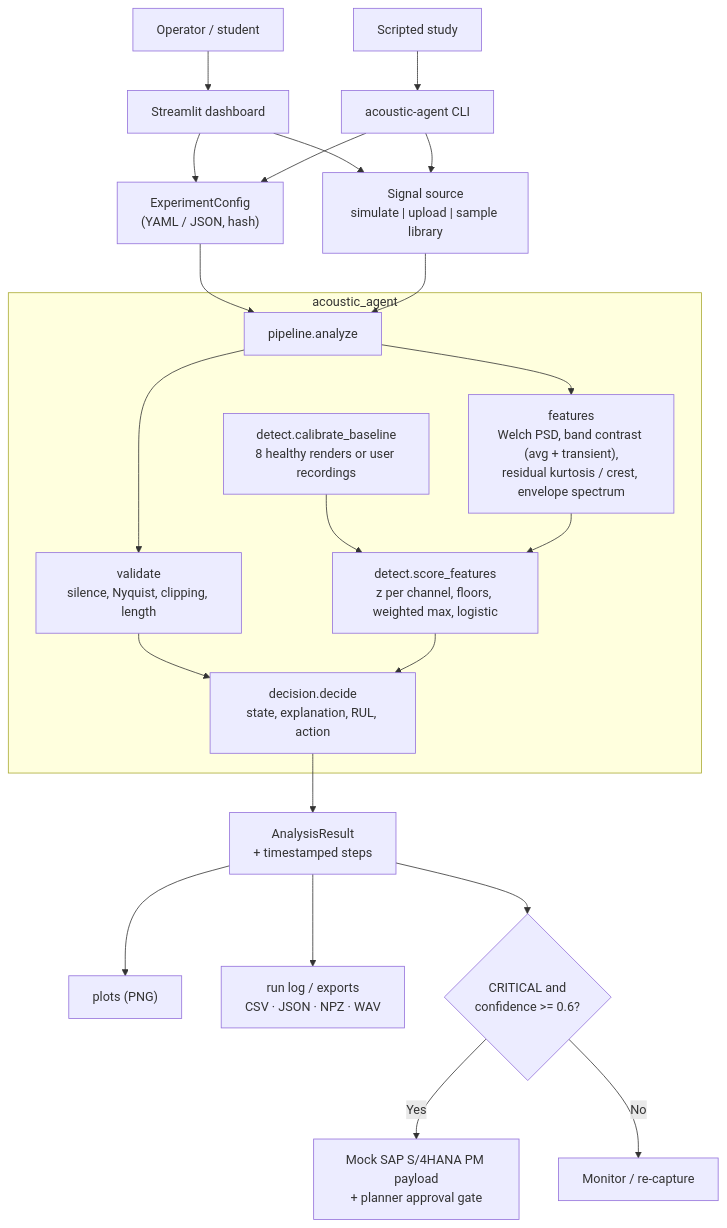
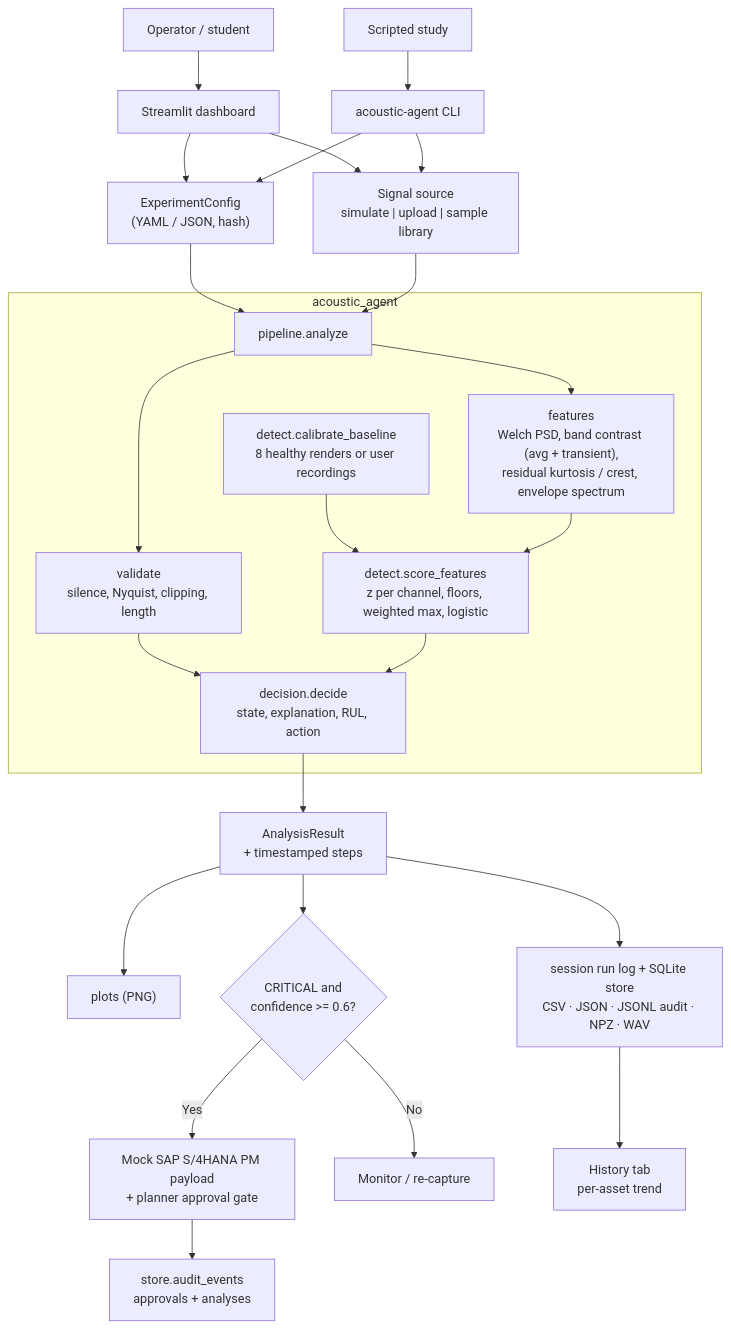
The first of 3 diagrams in docs/architecture.md (lalitsonawane/acoustic-diagnostic-agent-mvp), drawn with Mermaid before and after one commit. The commit also changed other lines of this file and 23 other files, not shown here.

First line of the commit message:
Add Phase 3–4 persistence, History tab, and deploy packaging (v0.3.0)

````diff
--- a/docs/architecture.md
+++ b/docs/architecture.md
@@ -12,25 +12,27 @@
 ```mermaid
 flowchart TD
     operator["Operator / student"] --> ui["Streamlit dashboard"]
     script["Scripted study"] --> cli["acoustic-agent CLI"]
     ui --> cfg["ExperimentConfig\n(YAML / JSON, hash)"]
     cli --> cfg
     ui --> src["Signal source\nsimulate | upload | sample library"]
     cli --> src
     cfg --> pipe["pipeline.analyze"]
     src --> pipe
     subgraph acoustic_agent
         pipe --> feat["features\nWelch PSD, band contrast (avg + transient),\nresidual kurtosis / crest, envelope spectrum"]
         pipe --> val["validate\nsilence, Nyquist, clipping, length"]
         base["detect.calibrate_baseline\n8 healthy renders or user recordings"] --> det
         feat --> det["detect.score_features\nz per channel, floors, weighted max, logistic"]
         val --> dec
         det --> dec["decision.decide\nstate, explanation, RUL, action"]
     end
     dec --> result["AnalysisResult\n+ timestamped steps"]
     result --> plots["plots (PNG)"]
-    result --> log["run log / exports\nCSV · JSON · NPZ · WAV"]
+    result --> log["session run log + SQLite store\nCSV · JSON · JSONL audit · NPZ · WAV"]
     result --> gate{"CRITICAL and\nconfidence >= 0.6?"}
     gate -->|"Yes"| wo["Mock SAP S/4HANA PM payload\n+ planner approval gate"]
     gate -->|"No"| none["Monitor / re-capture"]
+    wo --> audit["store.audit_events\napprovals + analyses"]
+    log --> hist["History tab\nper-asset trend"]
 ```
````
